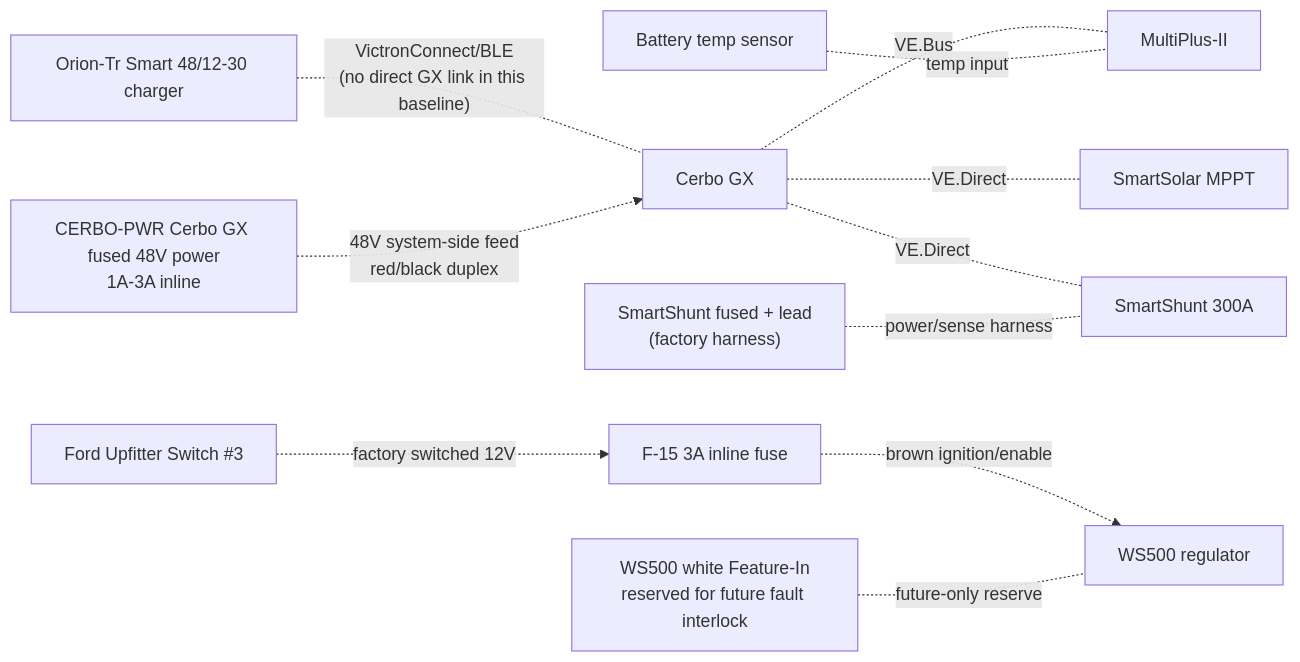
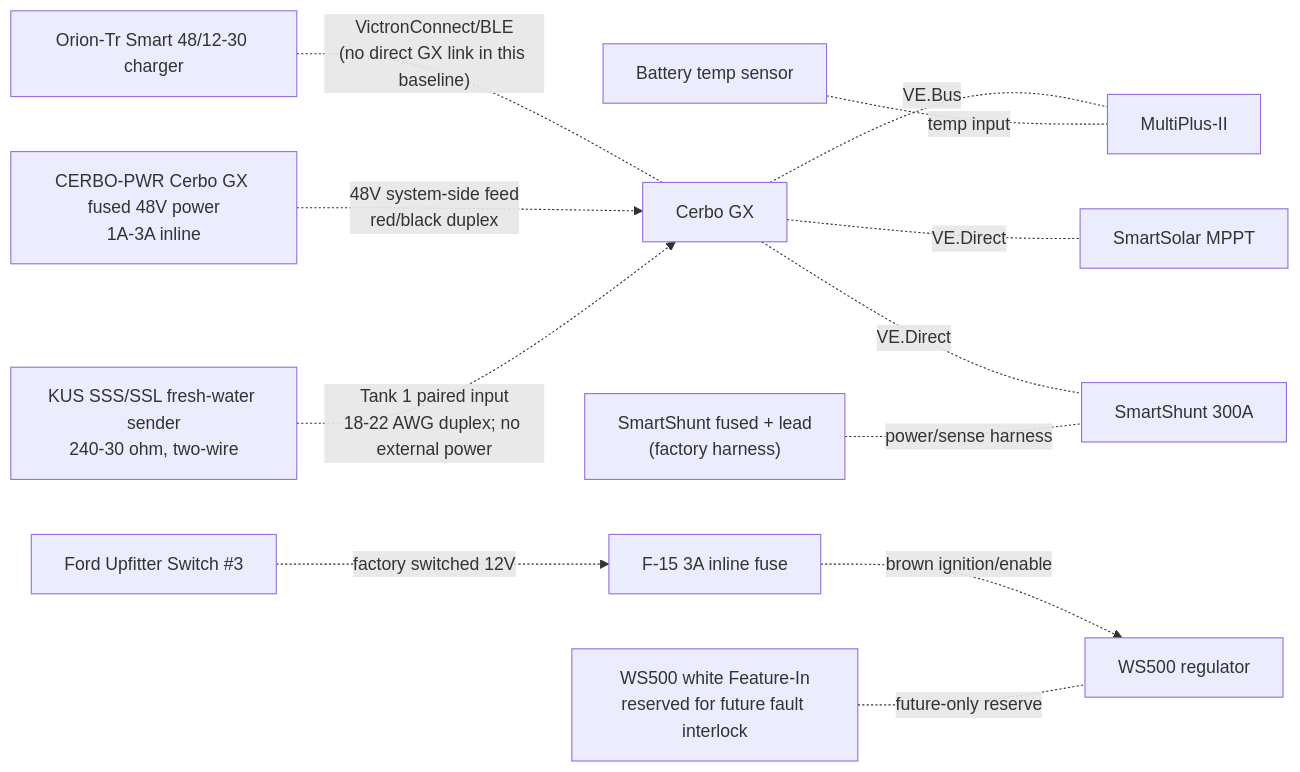
The diagram in docs/pdf_exports/assets/ELECTRICAL_overview_diagram/diagram-04.mmd (DataDaneDev/HiatusBuild), drawn with Mermaid before and after one commit. The commit also changed 13 other files, not shown here.

Commit message:
Document KUS sender to Cerbo GX wiring

```diff
--- a/docs/pdf_exports/assets/ELECTRICAL_overview_diagram/diagram-04.mmd
+++ b/docs/pdf_exports/assets/ELECTRICAL_overview_diagram/diagram-04.mmd
@@ -1,23 +1,25 @@
 flowchart LR
     CERBO["Cerbo GX"]
     MULTI["MultiPlus-II"]
     MPPT["SmartSolar MPPT"]
     SHUNT["SmartShunt 300A"]
     ORION["Orion-Tr Smart 48/12-30 charger"]
     BTEMP["Battery temp sensor"]
     SHUNT_PWR["SmartShunt fused + lead\n(factory harness)"]
     CERBO_PWR["CERBO-PWR Cerbo GX fused 48V power\n1A-3A inline"]
+    KUS["KUS SSS/SSL fresh-water sender\n240-30 ohm, two-wire"]
     UP3["Ford Upfitter Switch #3"]
     F15["F-15 3A inline fuse"]
     WS500["WS500 regulator"]
     FEAT["WS500 white Feature-In\nreserved for future fault interlock"]
 
     CERBO -. "VE.Bus" .- MULTI
     CERBO -. "VE.Direct" .- MPPT
     CERBO -. "VE.Direct" .- SHUNT
     ORION -. "VictronConnect/BLE\n(no direct GX link in this baseline)" .- CERBO
     BTEMP -. "temp input" .- MULTI
     SHUNT_PWR -. "power/sense harness" .- SHUNT
     CERBO_PWR -. "48V system-side feed\nred/black duplex" .-> CERBO
+    KUS -. "Tank 1 paired input\n18-22 AWG duplex; no external power" .-> CERBO
     UP3 -. "factory switched 12V" .-> F15 -. "brown ignition/enable" .-> WS500
     FEAT -. "future-only reserve" .- WS500
```
